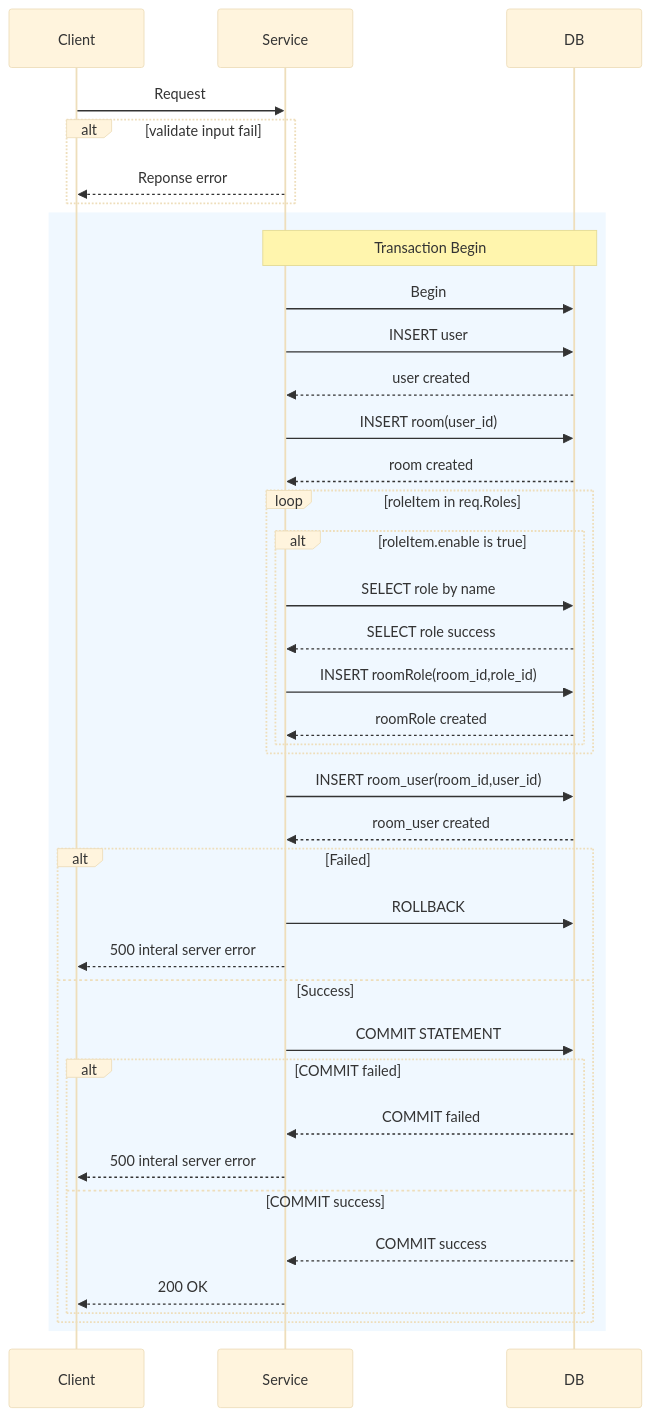
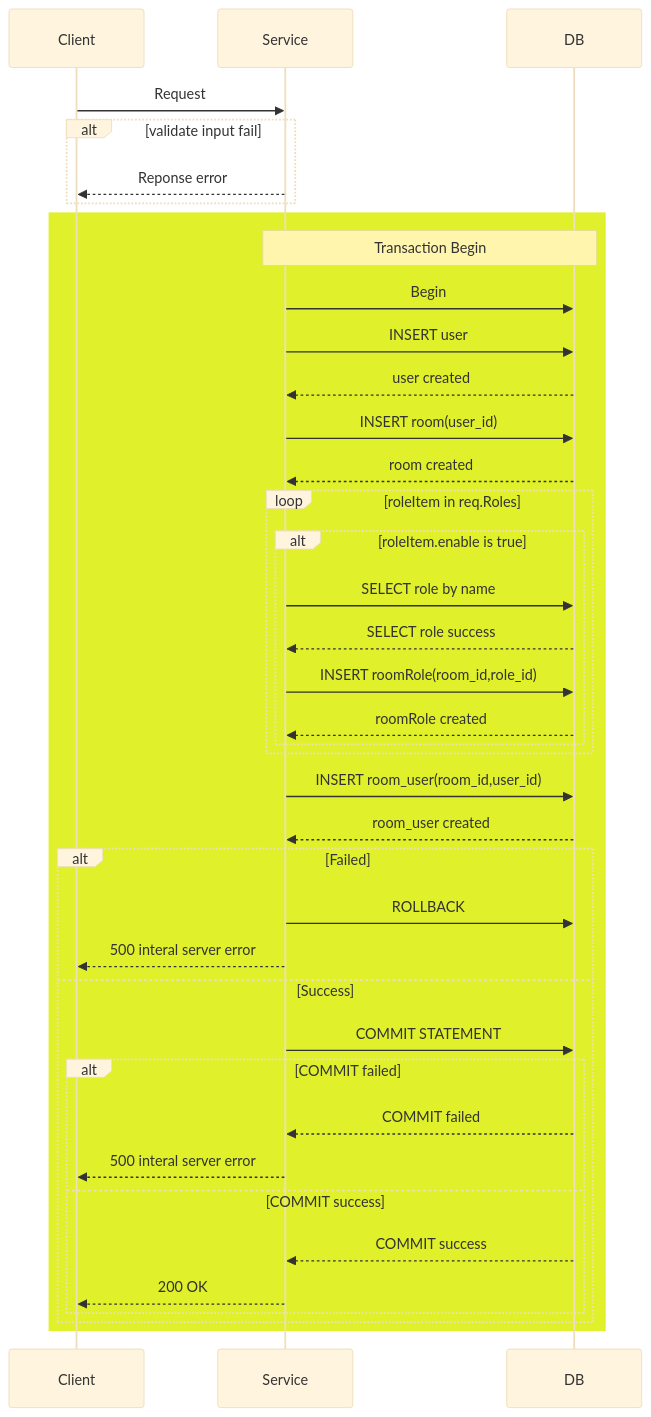
Before and after one commit to jirapatchookleeb/avalon-design-api: the diagram in post_create_room.md, drawn with Mermaid (base theme).

Commit message:
feat: update color

````diff
--- a/post_create_room.md
+++ b/post_create_room.md
@@ -25,48 +25,48 @@
 ```mermaid
 sequenceDiagram
     participant Client
     participant Service
     participant DB
 
     Client->>Service: Request
 
     alt validate input fail
         Service-->>Client: Reponse error
     end
 
-    rect rgb(240, 248, 255)
+    rect rgb(224, 240, 43)
         Note over Service,DB: Transaction Begin
             Service->>DB: Begin
             Service->>DB: INSERT user
             DB-->>Service: user created
 
             Service->>DB: INSERT room(user_id)
             DB-->>Service: room created
 
             loop roleItem in req.Roles
                 alt roleItem.enable is true
                     Service->>DB:SELECT role by name
                     DB-->>Service: SELECT role success
                     Service->>DB: INSERT roomRole(room_id,role_id)
                     DB-->>Service: roomRole created
                 end
             end
 
             Service->>DB: INSERT room_user(room_id,user_id)
             DB-->>Service: room_user created
             alt Failed
                 Service->>DB: ROLLBACK
                 Service-->>Client: 500 interal server error
             else Success
                 Service->>DB: COMMIT STATEMENT
                 alt COMMIT failed
                     DB-->>Service: COMMIT failed
                     Service-->>Client: 500 interal server error
                 else COMMIT success
                     DB-->>Service: COMMIT success
                     Service-->>Client: 200 OK
                 end
             end
 
     end
 ```
````
